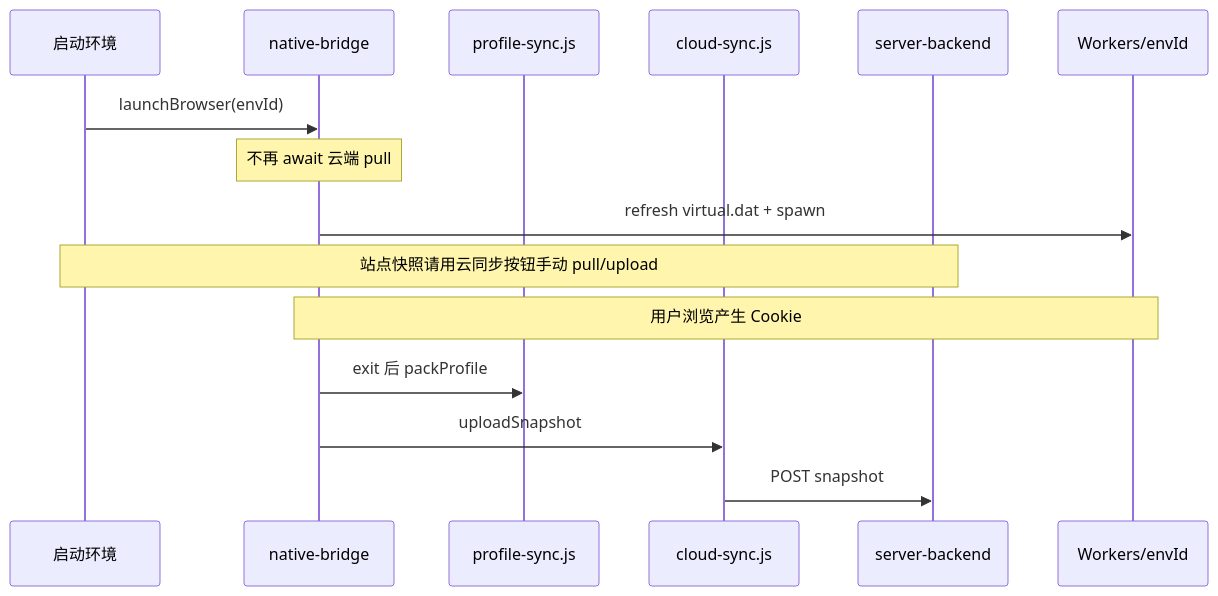
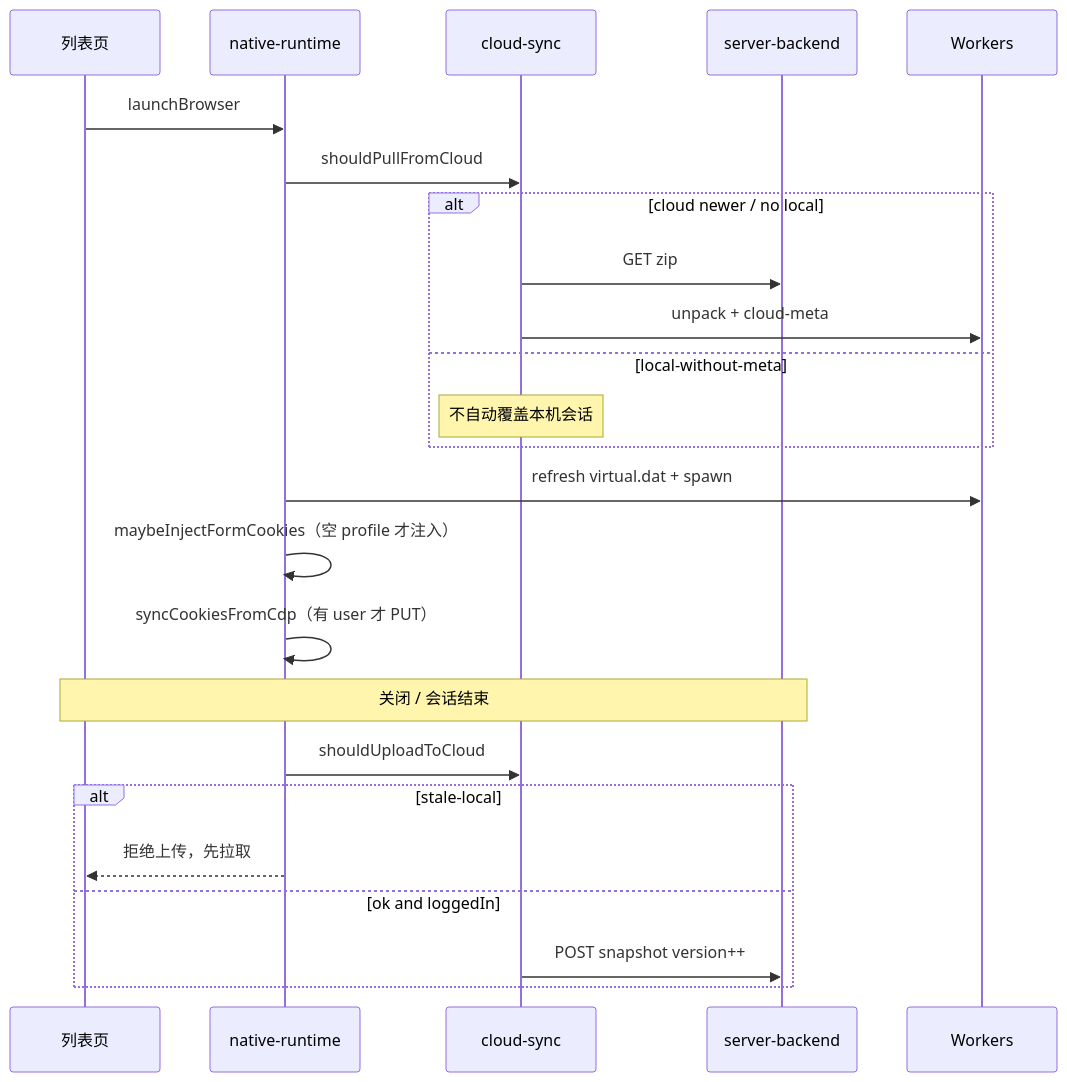
The diagram in docs/modules/05-profile-cloud-sync.md (0xZxh/VirtualBrowser), drawn with Mermaid before and after one commit. The commit also changed other lines of this file and 19 other files, not shown here.

First line of the commit message:
Enhance cloud-sync, session, logs & UI

````diff
--- a/docs/modules/05-profile-cloud-sync.md
+++ b/docs/modules/05-profile-cloud-sync.md
@@ -39,18 +48,27 @@
 ```mermaid
 sequenceDiagram
-  participant UI as 启动环境
-  participant Bridge as native-bridge
-  participant PS as profile-sync.js
-  participant CS as cloud-sync.js
+  participant UI as 列表页
+  participant NR as native-runtime
+  participant CS as cloud-sync
   participant BE as server-backend
-  participant Disk as Workers/envId
+  participant Disk as Workers
 
-  UI->>Bridge: launchBrowser(envId)
-  Note over Bridge: 不再 await 云端 pull
-  Bridge->>Disk: refresh virtual.dat + spawn
-  Note over UI,BE: 站点快照请用云同步按钮手动 pull/upload
-  Note over Bridge,Disk: 用户浏览产生 Cookie
-  Bridge->>PS: exit 后 packProfile
-  Bridge->>CS: uploadSnapshot
-  CS->>BE: POST snapshot
+  UI->>NR: launchBrowser
+  NR->>CS: shouldPullFromCloud
+  alt cloud newer / no local
+    CS->>BE: GET zip
+    CS->>Disk: unpack + cloud-meta
+  else local-without-meta
+    Note over CS: 不自动覆盖本机会话
+  end
+  NR->>Disk: refresh virtual.dat + spawn
+  NR->>NR: maybeInjectFormCookies（空 profile 才注入）
+  NR->>NR: syncCookiesFromCdp（有 user 才 PUT）
+  Note over UI,BE: 关闭 / 会话结束
+  NR->>CS: shouldUploadToCloud
+  alt stale-local
+    NR-->>UI: 拒绝上传，先拉取
+  else ok and loggedIn
+    CS->>BE: POST snapshot version++
+  end
 ```
````
